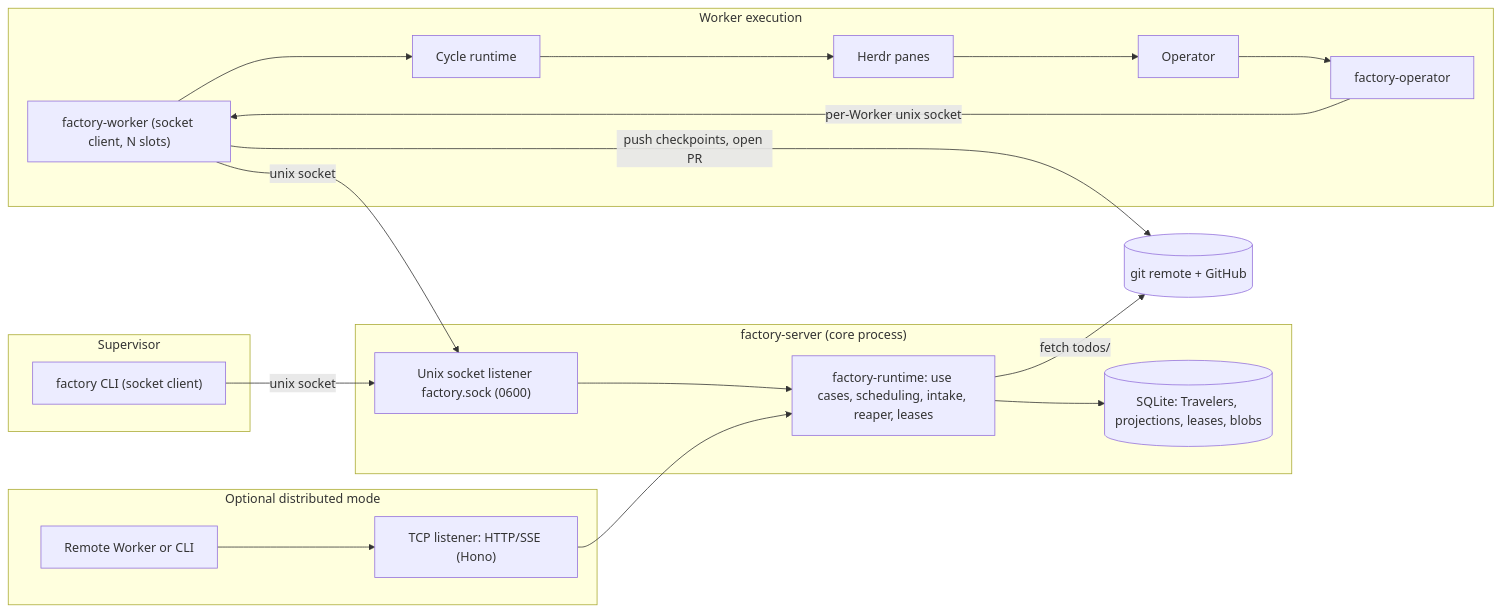
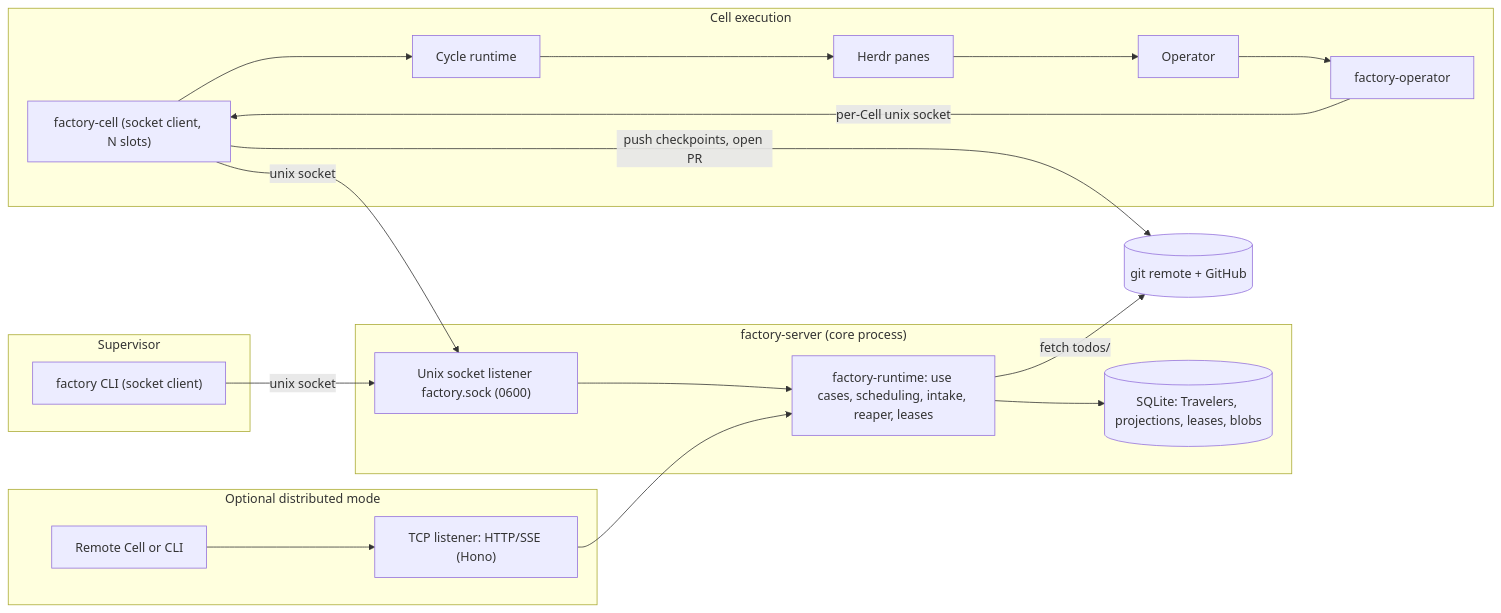
Before and after one commit to xyashino/software-factory: the first of 8 diagrams in docs/PLAN.md, drawn with Mermaid. The commit also changed other lines of this file and 10 other files, not shown here.

First line of the commit message:
docs(factory): define Mechanic triage and Cell terminology

````diff
--- a/docs/PLAN.md
+++ b/docs/PLAN.md
@@ -69,39 +69,39 @@
 ```mermaid
 flowchart LR
   subgraph Supervisor["Supervisor"]
     CLI["factory CLI (socket client)"]
   end
 
   subgraph Server["factory-server (core process)"]
     APP["factory-runtime: use cases, scheduling, intake, reaper, leases"]
     DB[("SQLite: Travelers, projections, leases, blobs")]
     SOCK["Unix socket listener factory.sock (0600)"]
     APP --> DB
     SOCK --> APP
   end
 
   subgraph Remote["Optional distributed mode"]
     HTTP["TCP listener: HTTP/SSE (Hono)"]
-    REMOTE["Remote Worker or CLI"]
+    REMOTE["Remote Cell or CLI"]
     REMOTE --> HTTP
   end
 
-  subgraph WorkerHost["Worker execution"]
-    C["factory-worker (socket client, N slots)"]
+  subgraph CellHost["Cell execution"]
+    C["factory-cell (socket client, N slots)"]
     RT["Cycle runtime"]
     H["Herdr panes"]
     OP["Operator"]
     FXO["factory-operator"]
     C --> RT --> H --> OP
     OP --> FXO
-    FXO -->|"per-Worker unix socket"| C
+    FXO -->|"per-Cell unix socket"| C
   end
 
   CLI -->|"unix socket"| SOCK
   C -->|"unix socket"| SOCK
   HTTP --> APP
 
   GIT[("git remote + GitHub")]
   C -->|"push checkpoints, open PR"| GIT
   APP -->|"fetch todos/"| GIT
 ```
````
